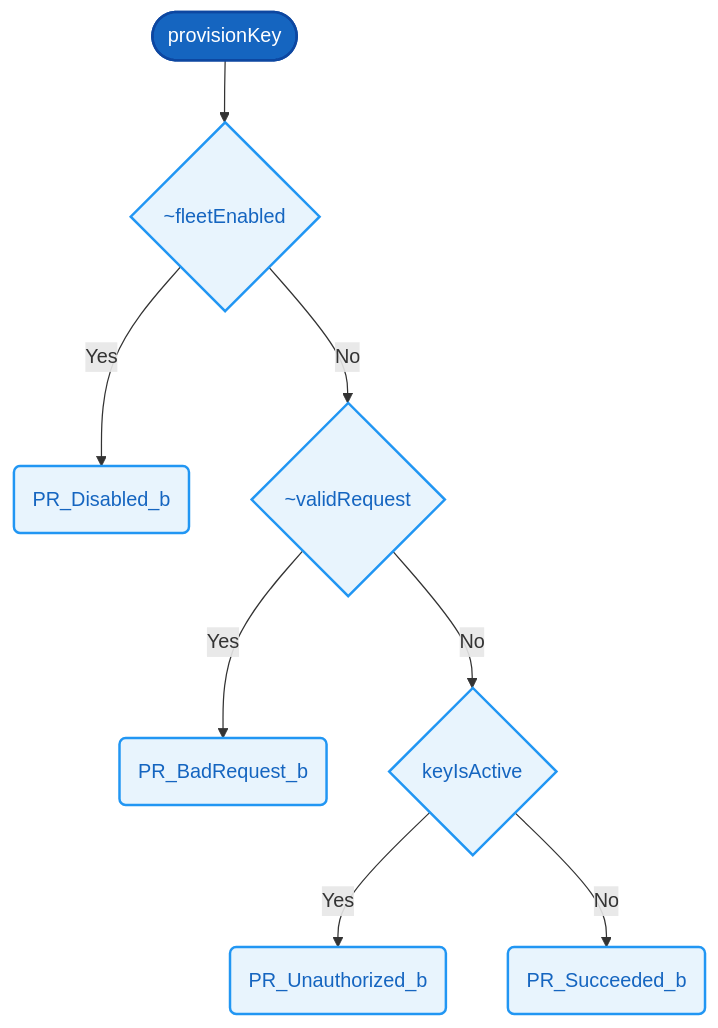
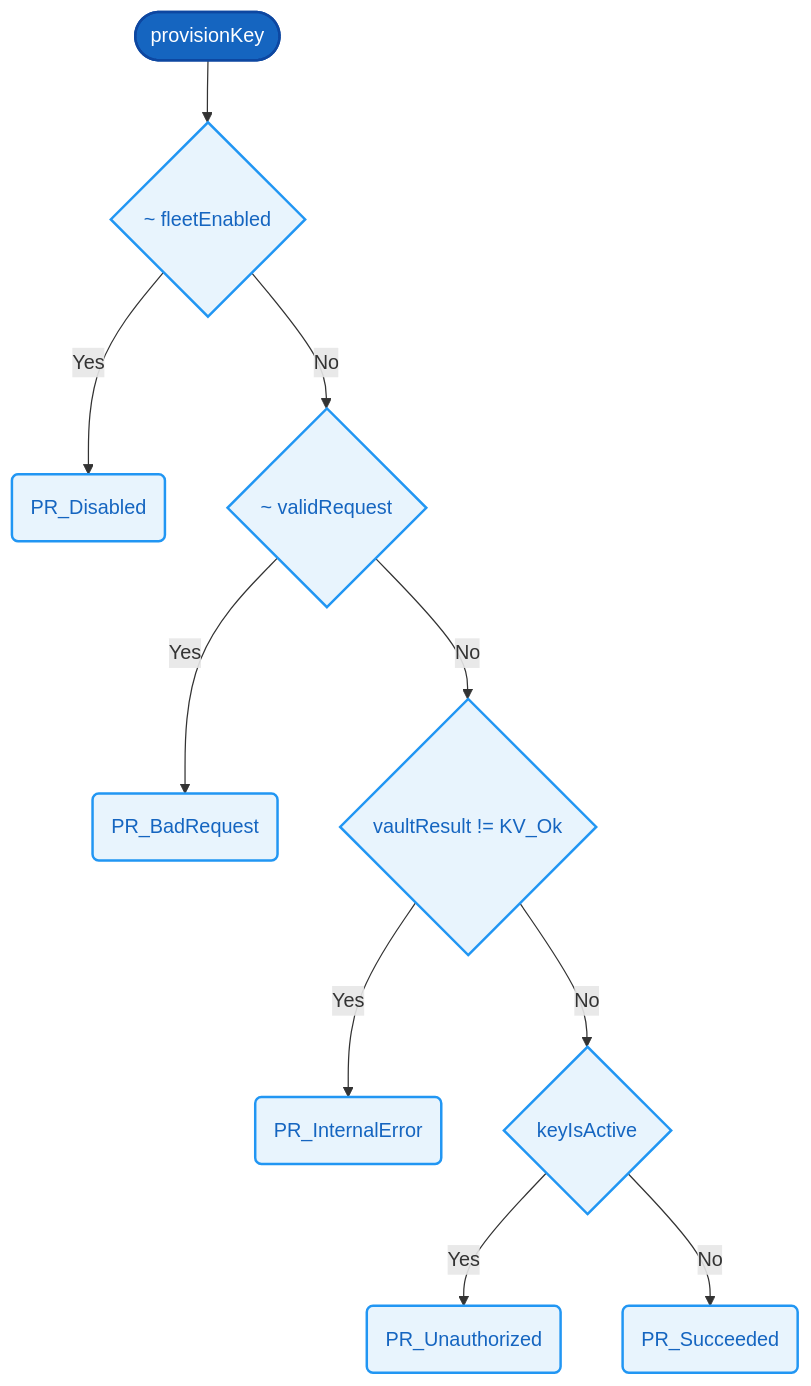
Before and after one commit to AmeliaRose802/formal-verification-demo-protocol: the diagram in docs/functions/provisionKey.md, drawn with Mermaid. The commit also changed other lines of this file and 85 other files, not shown here.

````diff
--- a/docs/functions/provisionKey.md
+++ b/docs/functions/provisionKey.md
@@ -47,13 +33,15 @@
 ```mermaid
 flowchart TD
   Start(["provisionKey"])
-  Start --> C0{"~fleetEnabled"}
-  C0 -->|Yes| R0("PR_Disabled_b")
-  C0 -->|No| C1{"~validRequest"}
-  C1 -->|Yes| R1("PR_BadRequest_b")
-  C1 -->|No| C2{"keyIsActive"}
-  C2 -->|Yes| R2("PR_Unauthorized_b")
-  C2 -->|No| R3("PR_Succeeded_b")
+  Start --> C0{"~ fleetEnabled"}
+  C0 -->|Yes| R0("PR_Disabled")
+  C0 -->|No| C1{"~ validRequest"}
+  C1 -->|Yes| R1("PR_BadRequest")
+  C1 -->|No| C2{"vaultResult != KV_Ok"}
+  C2 -->|Yes| R2("PR_InternalError")
+  C2 -->|No| C3{"keyIsActive"}
+  C3 -->|Yes| R3("PR_Unauthorized")
+  C3 -->|No| R4("PR_Succeeded")
   classDef default fill:#e8f4fd,stroke:#2196F3,stroke-width:2px,color:#1565C0
   style Start fill:#1565C0,stroke:#0D47A1,color:#fff,stroke-width:2px
 ```
````
